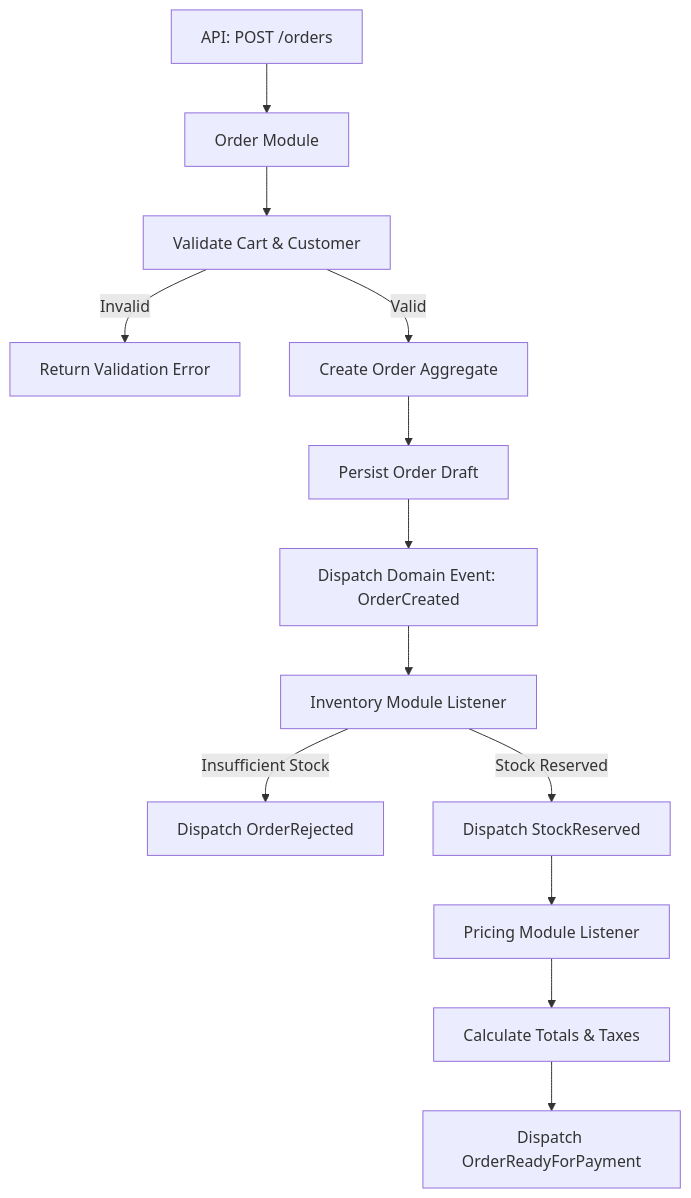
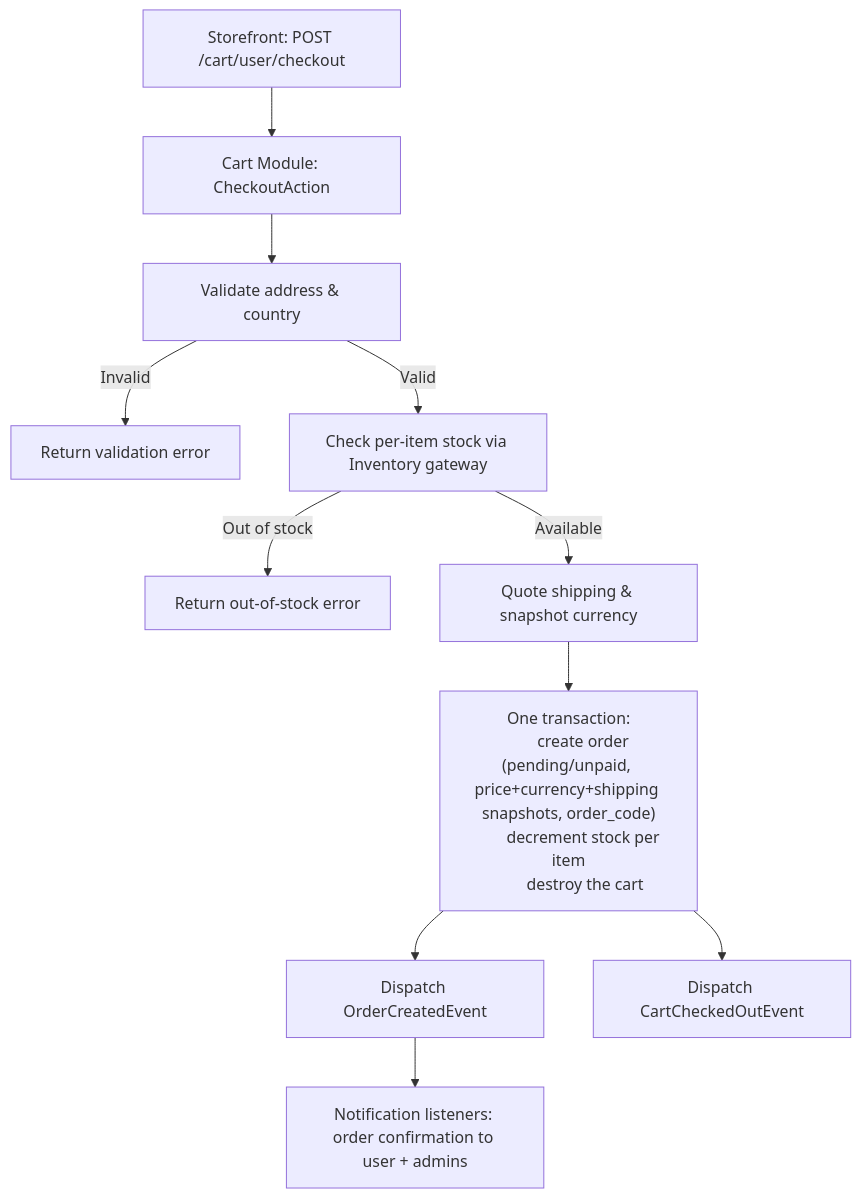
The diagram in docs/architecture/flows/order-flow.md (baxela-hq/baxela-docs), drawn with Mermaid before and after one commit. The commit also changed other lines of this file and 3 other files, not shown here.

Commit message:
fix(architecture): align order flow and events with the backend

````diff
--- a/docs/architecture/flows/order-flow.md
+++ b/docs/architecture/flows/order-flow.md
@@ -10,21 +11,21 @@
 ```mermaid
 flowchart TD
-    A[API: POST /orders] --> B[Order Module]
+    A[Storefront: POST /cart/user/checkout] --> B[Cart Module: CheckoutAction]
 
-    B --> C[Validate Cart & Customer]
-    C -->|Invalid| C1[Return Validation Error]
+    B --> C[Validate address & country]
+    C -->|Invalid| C1[Return validation error]
 
-    C -->|Valid| D[Create Order Aggregate]
-    D --> E[Persist Order Draft]
+    C -->|Valid| D[Check per-item stock via Inventory gateway]
+    D -->|Out of stock| D1[Return out-of-stock error]
 
-    E --> F[Dispatch Domain Event: OrderCreated]
+    D -->|Available| E[Quote shipping & snapshot currency]
+    E --> F["One transaction:
+        create order (pending/unpaid, price+currency+shipping snapshots, order_code)
+        decrement stock per item
+        destroy the cart"]
 
-    F --> G[Inventory Module Listener]
-    G -->|Insufficient Stock| G1[Dispatch OrderRejected]
-    G -->|Stock Reserved| H[Dispatch StockReserved]
+    F --> G[Dispatch OrderCreatedEvent]
+    F --> H[Dispatch CartCheckedOutEvent]
 
-    H --> I[Pricing Module Listener]
-    I --> J[Calculate Totals & Taxes]
-
-    J --> K[Dispatch OrderReadyForPayment]
+    G --> I[Notification listeners: order confirmation to user + admins]
 ```
````
